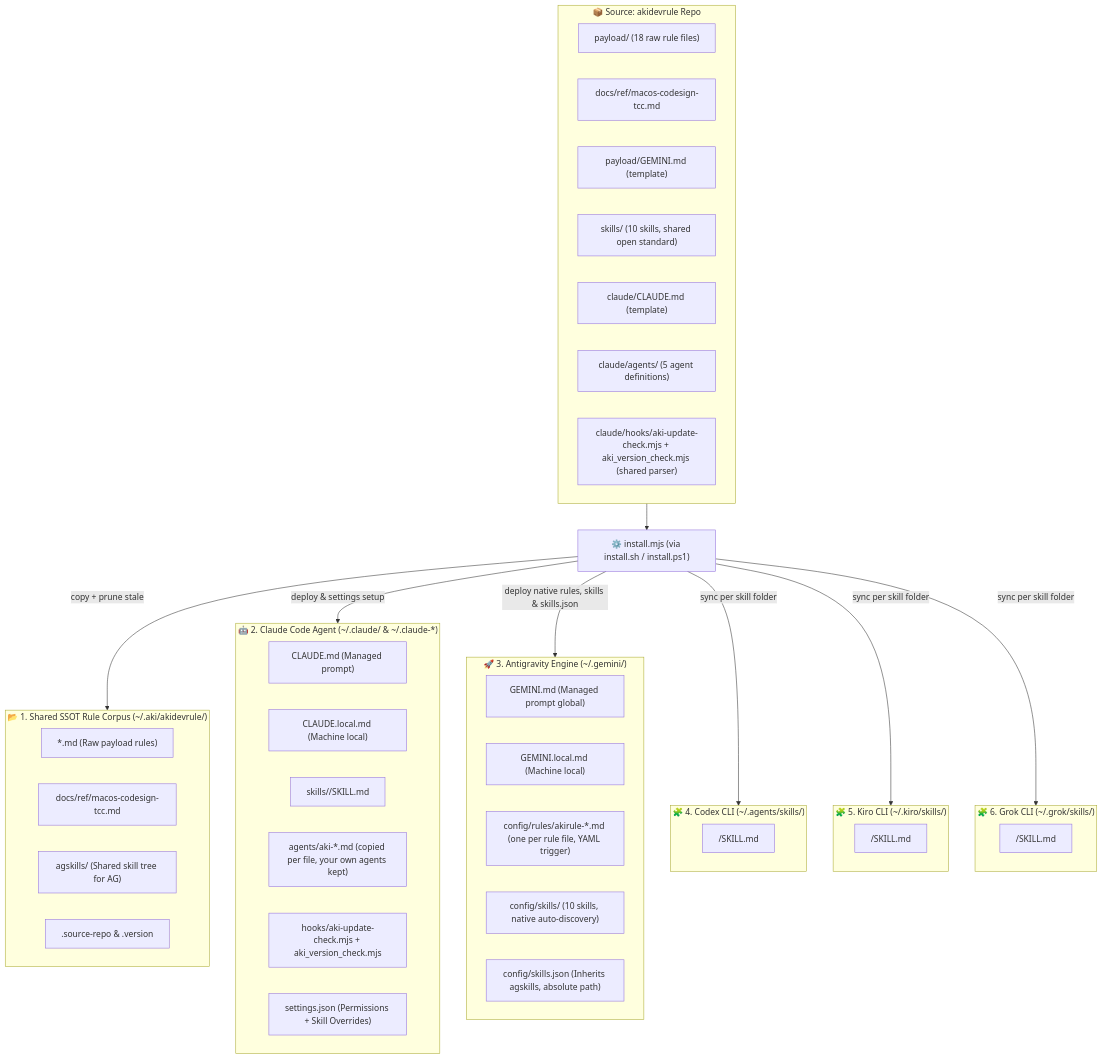
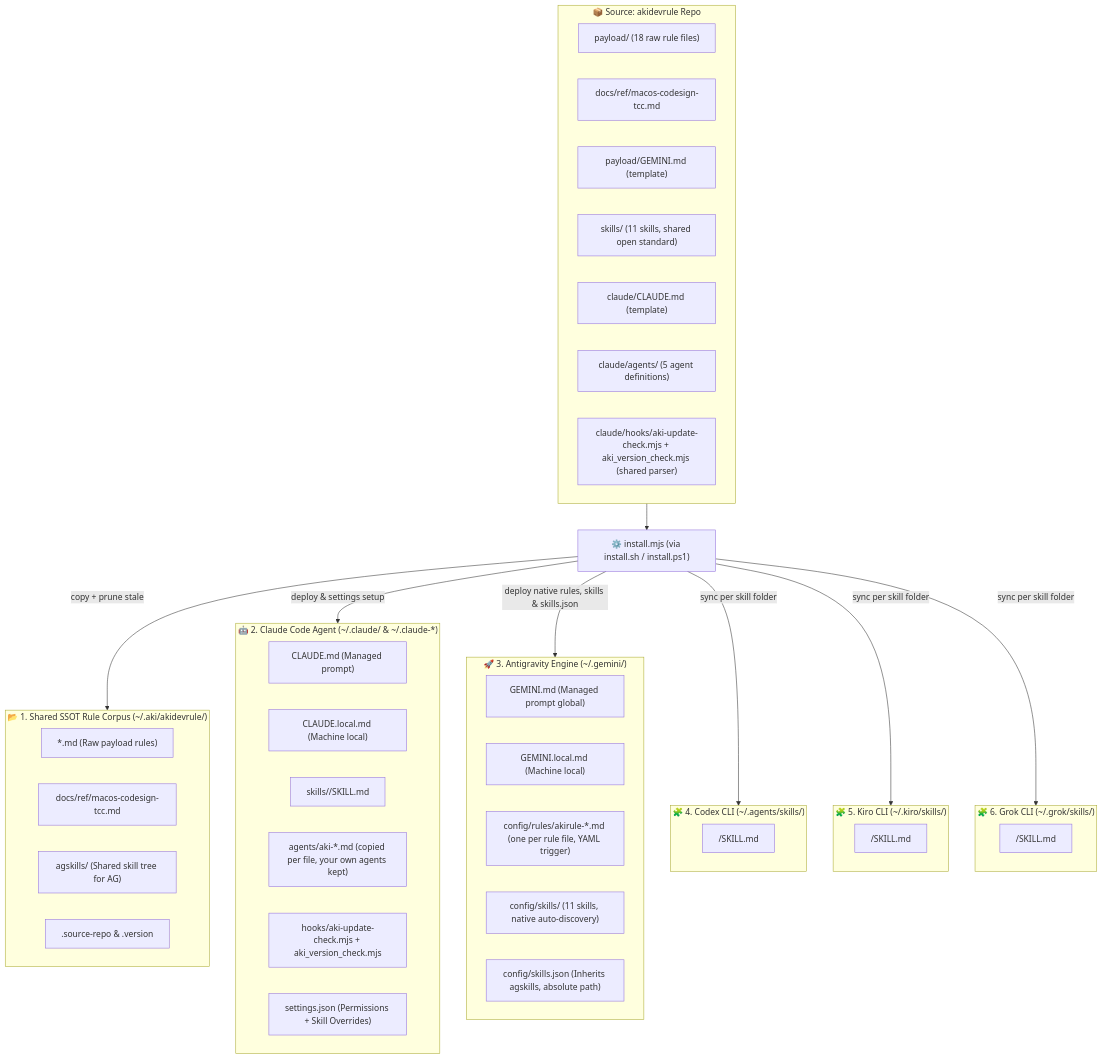
The diagram in README.md (lacvietanh/akidevrule), drawn with Mermaid before and after one commit. The commit also changed other lines of this file and 3 other files, not shown here.

````diff
--- a/README.md
+++ b/README.md
@@ -247,60 +251,60 @@
 ```mermaid
 flowchart TD
     subgraph SRC["📦 Source: akidevrule Repo"]
         PAYLOAD["payload/ (18 raw rule files)"]
         TCCREF["docs/ref/macos-codesign-tcc.md"]
         PGEMINI["payload/GEMINI.md (template)"]
-        CSKILLS["skills/ (10 skills, shared open standard)"]
+        CSKILLS["skills/ (11 skills, shared open standard)"]
         CCLAUDE["claude/CLAUDE.md (template)"]
         CAGENTS["claude/agents/ (5 agent definitions)"]
         CHOOKS["claude/hooks/aki-update-check.mjs + aki_version_check.mjs (shared parser)"]
     end
 
     INSTALL["⚙️ install.mjs (via install.sh / install.ps1)"]
     SRC --> INSTALL
 
     %% TARGET 1: ~/.aki/akidevrule/
     subgraph T1["📂 1. Shared SSOT Rule Corpus (~/.aki/akidevrule/)"]
         R_CORPUS["*.md (Raw payload rules)"]
         R_TCC["docs/ref/macos-codesign-tcc.md"]
         R_AGSKILLS["agskills/ (Shared skill tree for AG)"]
         R_META[".source-repo & .version"]
     end
 
     %% TARGET 2: ~/.claude/ and ~/.claude-*
     subgraph T2["🤖 2. Claude Code Agent (~/.claude/ & ~/.claude-*)"]
         C_MD["CLAUDE.md (Managed prompt)"]
         C_LOCAL["CLAUDE.local.md (Machine local)"]
         C_SKILLS["skills/<skill_name>/SKILL.md"]
         C_AGENTS["agents/aki-*.md (copied per file, your own agents kept)"]
         C_HOOKS["hooks/aki-update-check.mjs + aki_version_check.mjs"]
         C_SET["settings.json (Permissions + Skill Overrides)"]
     end
 
     %% TARGET 3: ~/.gemini/
     subgraph T3["🚀 3. Antigravity Engine (~/.gemini/)"]
         G_MD["GEMINI.md (Managed prompt global)"]
         G_LOCAL["GEMINI.local.md (Machine local)"]
         G_RULES["config/rules/akirule-*.md (one per rule file, YAML trigger)"]
-        G_SKILLS["config/skills/ (10 skills, native auto-discovery)"]
+        G_SKILLS["config/skills/ (11 skills, native auto-discovery)"]
         G_SJSON["config/skills.json (Inherits agskills, absolute path)"]
     end
 
     %% TARGETS 4-6: other CLIs that natively consume the SKILL.md standard
     subgraph T4["🧩 4. Codex CLI (~/.agents/skills/)"]
         X_SKILLS["<skill_name>/SKILL.md"]
     end
     subgraph T5["🧩 5. Kiro CLI (~/.kiro/skills/)"]
         K_SKILLS["<skill_name>/SKILL.md"]
     end
     subgraph T6["🧩 6. Grok CLI (~/.grok/skills/)"]
         R_SKILLS["<skill_name>/SKILL.md"]
     end
 
     INSTALL -->|"copy + prune stale"| T1
     INSTALL -->|"deploy & settings setup"| T2
     INSTALL -->|"deploy native rules, skills & skills.json"| T3
     INSTALL -->|"sync per skill folder"| T4
     INSTALL -->|"sync per skill folder"| T5
     INSTALL -->|"sync per skill folder"| T6
 ```
````
